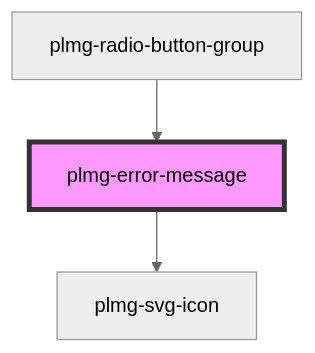
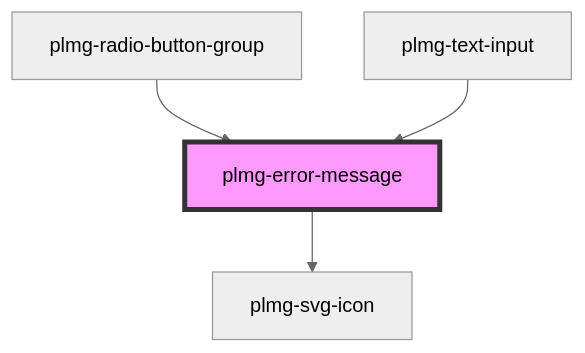
Before and after one commit to DuckyTeam/Plumage: the diagram in packages/component-library/src/components/plmg-error-message/readme.md, drawn with Mermaid (neutral theme). The commit also changed other lines of this file, not shown here.

Commit message:
docs add dependent component

````diff
--- a/packages/component-library/src/components/plmg-error-message/readme.md
+++ b/packages/component-library/src/components/plmg-error-message/readme.md
@@ -27,6 +28,7 @@
 ```mermaid
 graph TD;
   plmg-error-message --> plmg-svg-icon
   plmg-radio-button-group --> plmg-error-message
+  plmg-text-input --> plmg-error-message
   style plmg-error-message fill:#f9f,stroke:#333,stroke-width:4px
 ```
````
